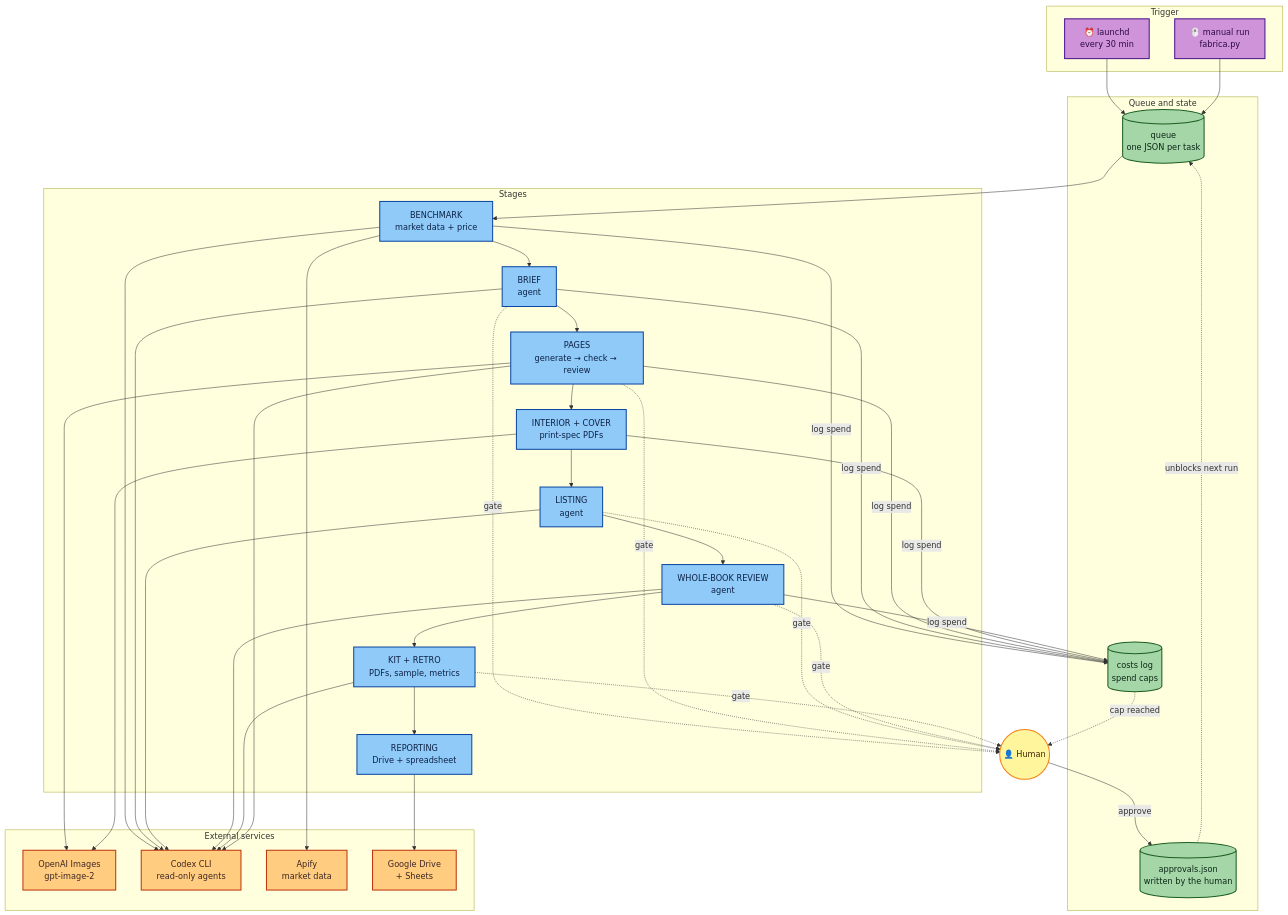
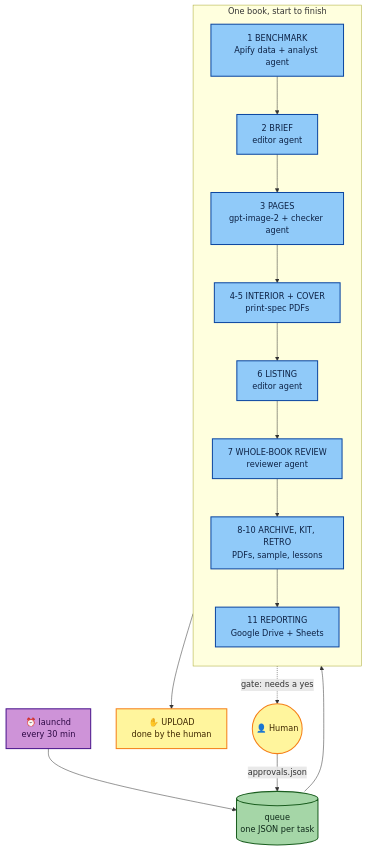
Before and after one commit to cleitonsena/sandbox: the diagram in coloring-book-factory/README.md, drawn with Mermaid.

Commit message:
Simplify the architecture diagram

````diff
--- a/coloring-book-factory/README.md
+++ b/coloring-book-factory/README.md
@@ -41,60 +41,32 @@
 ```mermaid
 flowchart TD
-    subgraph "Trigger"
-        T1["⏰ launchd<br/>every 30 min"]
-        T2["🖱️ manual run<br/>fabrica.py"]
+    T["⏰ launchd<br/>every 30 min"] --> Q[("queue<br/>one JSON per task")]
+
+    subgraph BOOK ["One book, start to finish"]
+        direction TB
+        S1["1 BENCHMARK<br/>Apify data + analyst agent"]
+        S2["2 BRIEF<br/>editor agent"]
+        S3["3 PAGES<br/>gpt-image-2 + checker agent"]
+        S4["4-5 INTERIOR + COVER<br/>print-spec PDFs"]
+        S5["6 LISTING<br/>editor agent"]
+        S6["7 WHOLE-BOOK REVIEW<br/>reviewer agent"]
+        S7["8-10 ARCHIVE, KIT, RETRO<br/>PDFs, sample, lessons"]
+        S8["11 REPORTING<br/>Google Drive + Sheets"]
+        S1 --> S2 --> S3 --> S4 --> S5 --> S6 --> S7 --> S8
     end
 
-    subgraph "Queue and state"
-        Q[(queue<br/>one JSON per task)]
-        AP[(approvals.json<br/>written by the human)]
-        G[(costs log<br/>spend caps)]
-    end
+    Q --> S1
+    S8 --> U["✋ UPLOAD<br/>done by the human"]
 
-    subgraph "Stages"
-        S0[BENCHMARK<br/>market data + price]
-        S1[BRIEF<br/>agent]
-        S2[PAGES<br/>generate → check → review]
-        S3[INTERIOR + COVER<br/>print-spec PDFs]
-        S4[LISTING<br/>agent]
-        S5[WHOLE-BOOK REVIEW<br/>agent]
-        S6[KIT + RETRO<br/>PDFs, sample, metrics]
-        S7[REPORTING<br/>Drive + spreadsheet]
-    end
-
-    subgraph "External services"
-        IMG[OpenAI Images<br/>gpt-image-2]
-        CDX[Codex CLI<br/>read-only agents]
-        APF[Apify<br/>market data]
-        GD[Google Drive<br/>+ Sheets]
-    end
-
-    H((👤 Human))
-
-    T1 & T2 --> Q
-    Q --> S0 --> S1 --> S2 --> S3 --> S4 --> S5 --> S6 --> S7
-
-    S0 --> APF
-    S0 & S1 & S4 & S5 & S6 --> CDX
-    S2 --> IMG
-    S2 --> CDX
-    S3 --> IMG
-    S7 --> GD
-
-    S0 & S1 & S2 & S3 & S5 -->|log spend| G
-    G -.->|cap reached| H
-    S1 & S2 & S4 & S5 & S6 -.->|gate| H
-    H -->|approve| AP
-    AP -.->|unblocks next run| Q
+    BOOK -. "gate: needs a yes" .-> H(("👤 Human"))
+    H -- "approvals.json" --> Q
 
     classDef store fill:#a5d6a7,stroke:#1b5e20,color:#0d2818,stroke-width:2px
-    classDef api fill:#ffcc80,stroke:#bf360c,color:#3e2723,stroke-width:2px
     classDef stage fill:#90caf9,stroke:#0d47a1,color:#0d2245,stroke-width:2px
     classDef trigger fill:#ce93d8,stroke:#4a148c,color:#2d0844,stroke-width:2px
     classDef human fill:#fff59d,stroke:#f57f17,color:#3e2700,stroke-width:2px
-    class Q,AP,G store
-    class IMG,CDX,APF,GD api
-    class S0,S1,S2,S3,S4,S5,S6,S7 stage
-    class T1,T2 trigger
-    class H human
+    class Q store
+    class S1,S2,S3,S4,S5,S6,S7,S8 stage
+    class T trigger
+    class H,U human
 ```
````
